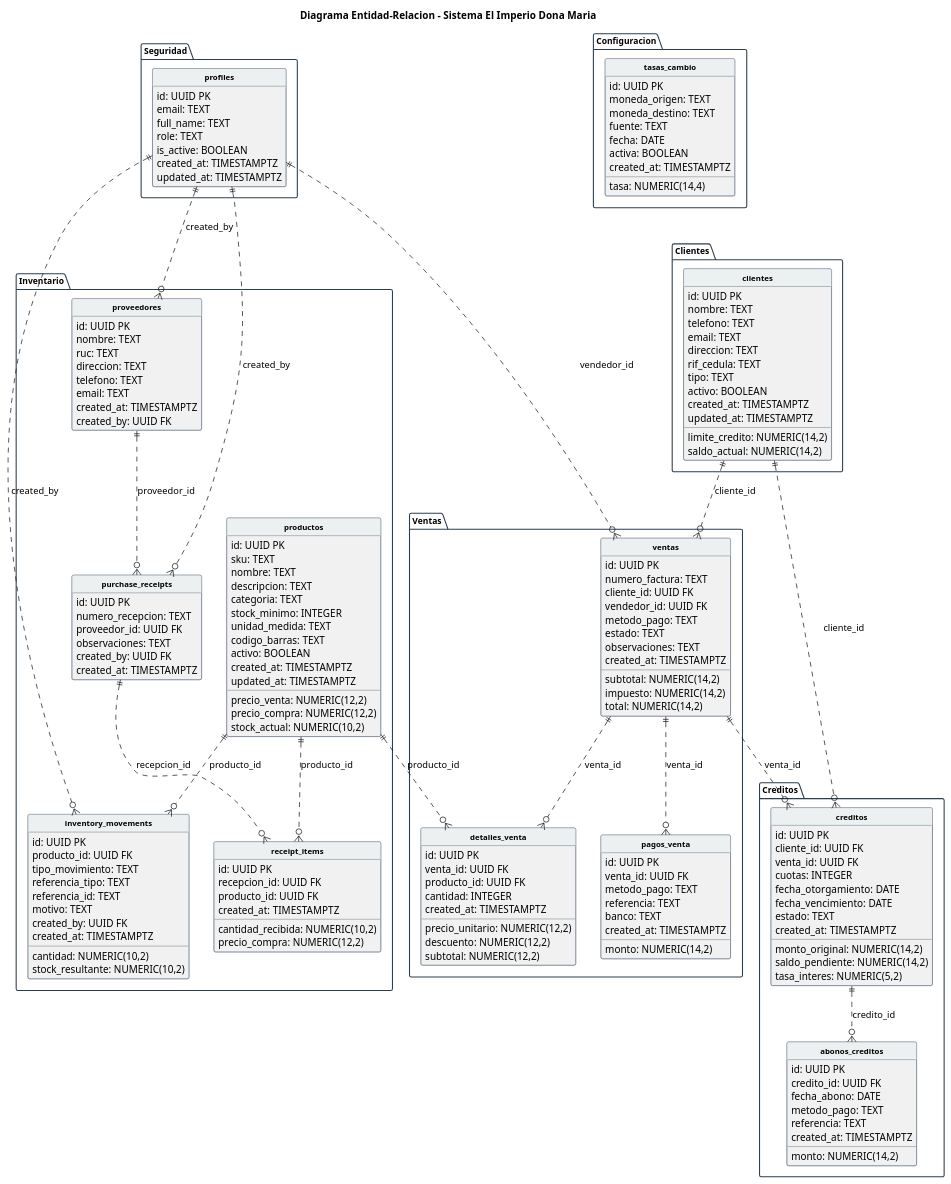
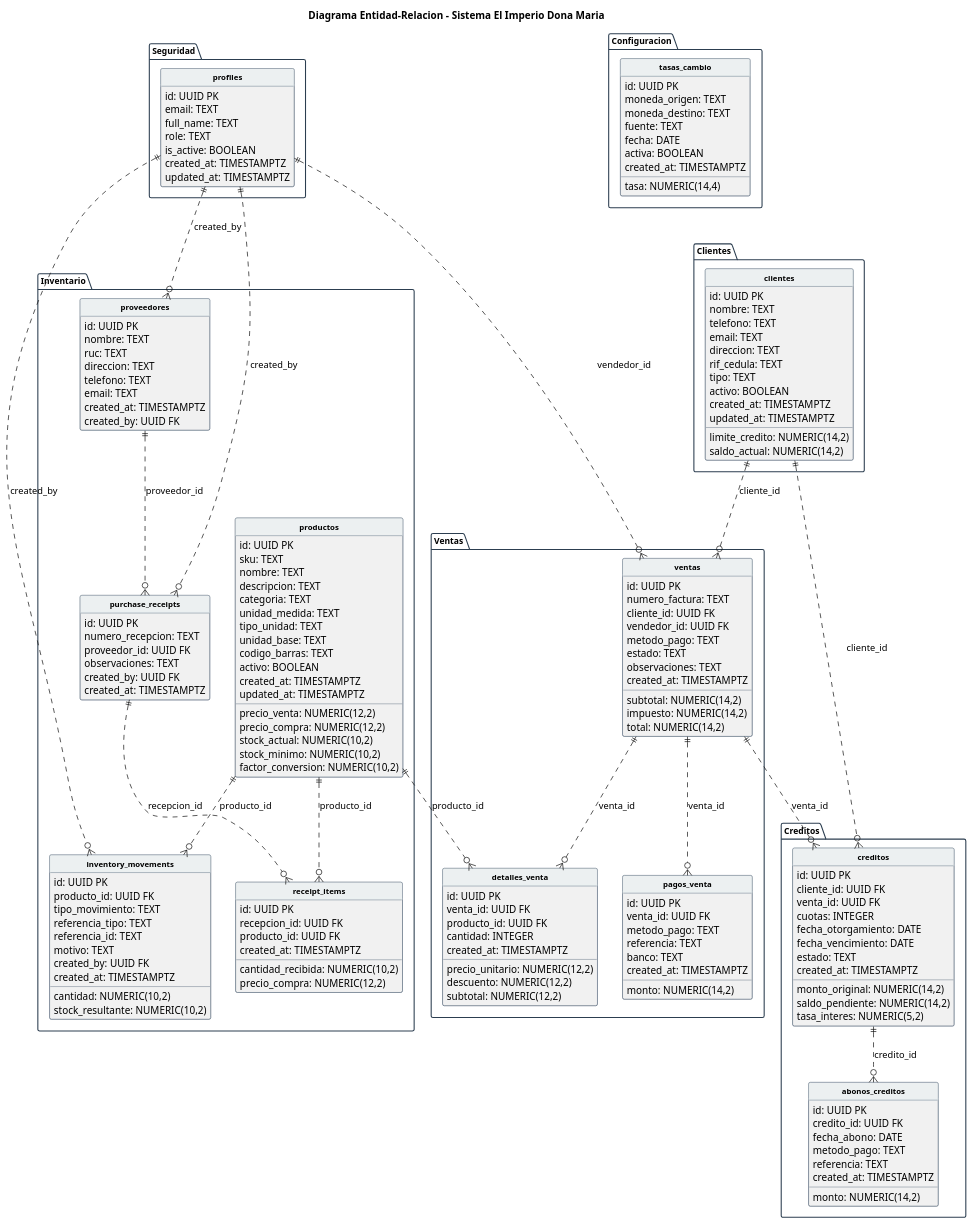
The diagram in docs/diagrams/uml-der.puml (Deadflight/dona-maria-erp), drawn with PlantUML before and after one commit. The commit also changed 1 other file, not shown here.

Commit message:
docs(inventory): update DER diagram with fractional columns and add doc links
- Add tipo_unidad, unidad_base, factor_conversion to productos class
- Fix stock_minimo type from INTEGER to NUMERIC(10,2) (matches migration)
- Add links to inventory architecture and schema docs in README

```diff
--- a/docs/diagrams/uml-der.puml
+++ b/docs/diagrams/uml-der.puml
@@ -44,8 +44,11 @@
     precio_venta: NUMERIC(12,2)
     precio_compra: NUMERIC(12,2)
     stock_actual: NUMERIC(10,2)
-    stock_minimo: INTEGER
+    stock_minimo: NUMERIC(10,2)
     unidad_medida: TEXT
+    tipo_unidad: TEXT
+    unidad_base: TEXT
+    factor_conversion: NUMERIC(10,2)
     codigo_barras: TEXT
     activo: BOOLEAN
     created_at: TIMESTAMPTZ
```
